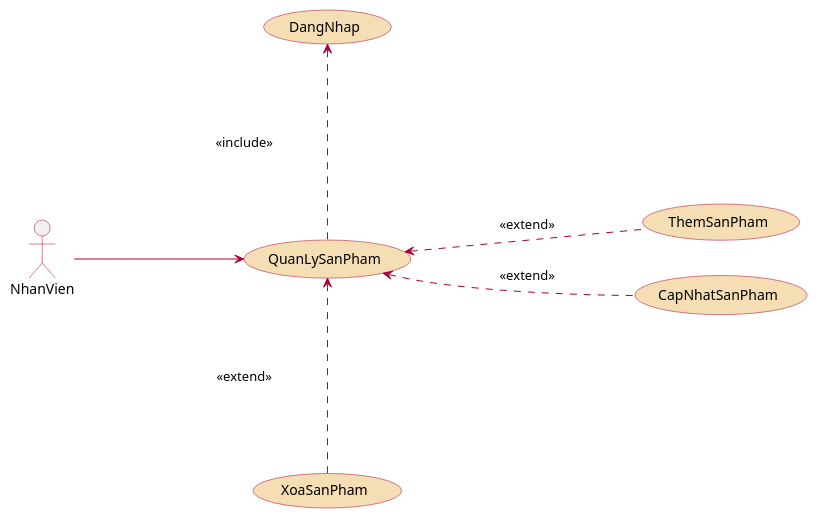
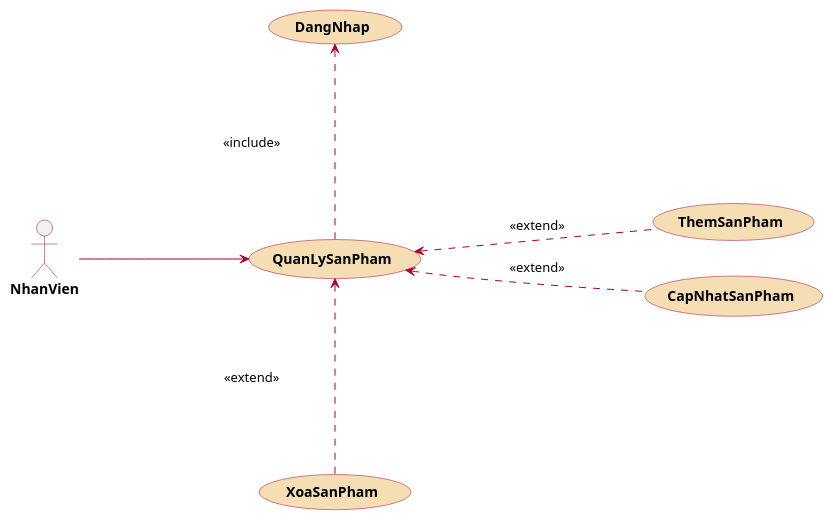
Before and after one commit to Caleumtatsu2010/techmate_parent: the diagram in techmate_design/src/main/java/uml/usecase/QuanLySanPham.puml, drawn with PlantUML. The commit also changed 27 other files, not shown here.

```diff
--- a/techmate_design/src/main/java/uml/usecase/QuanLySanPham.puml
+++ b/techmate_design/src/main/java/uml/usecase/QuanLySanPham.puml
@@ -1,15 +1,22 @@
 @startuml
+skinparam {
+ActorBorderColor #A80036
+ActorFontStyle bold
+UsecaseFontStyle bold
+}
+
+
 left to right direction
 actor NhanVien #line:A80036;
 usecase QuanLySanPham #Wheat;line:A80036;
 usecase DangNhap #Wheat;line:A80036;
 usecase ThemSanPham #Wheat;line:A80036;
 usecase CapNhatSanPham #Wheat;line:A80036;
 usecase XoaSanPham #Wheat;line:A80036;
 
 NhanVien  --> QuanLySanPham #line:A80036 : \t\t\t\t
 QuanLySanPham  .left.>  DangNhap #line:A80036 : \n\n\n\n <<include>> \n\n\n\n
 QuanLySanPham  <.down.  ThemSanPham #line:A80036 : \t\t <<extend>> \t\t
 QuanLySanPham  <.down.  CapNhatSanPham #line:A80036 : \t\t <<extend>> \t\t
 QuanLySanPham  <.right.  XoaSanPham #line:A80036 : \n\n\n\n <<extend>> \n\n\n\n
 @endum
```
